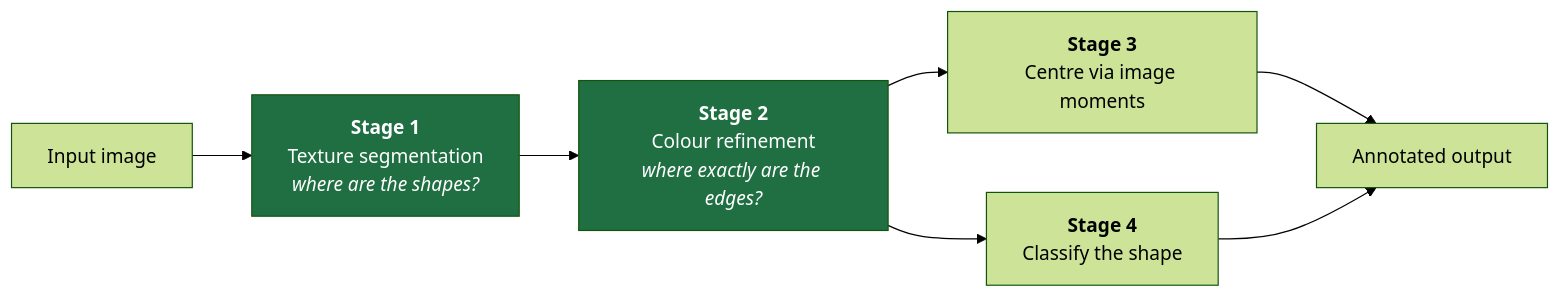
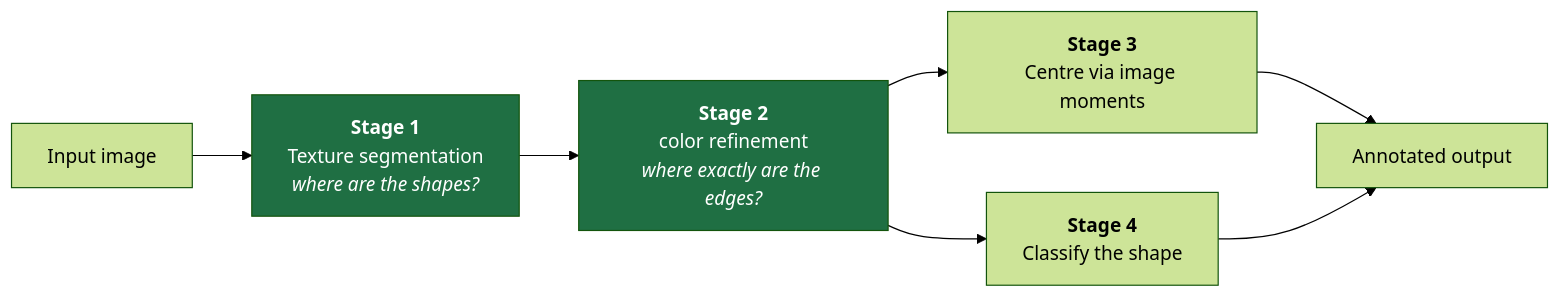
The diagram in STATIC_IMAGE_REPORT.md (nknishio/PennAir-Software-Challenge), drawn with Mermaid (forest theme) before and after one commit. The commit also changed 11 other files, not shown here.

````diff
--- a/STATIC_IMAGE_REPORT.md
+++ b/STATIC_IMAGE_REPORT.md
@@ -51,12 +51,12 @@
 ```mermaid
 flowchart LR
     A[Input image] --> B["<b>Stage 1</b><br/>Texture segmentation<br/><i>where are the shapes?</i>"]
-    B --> C["<b>Stage 2</b><br/>Colour refinement<br/><i>where exactly are the edges?</i>"]
+    B --> C["<b>Stage 2</b><br/>color refinement<br/><i>where exactly are the edges?</i>"]
     C --> D["<b>Stage 3</b><br/>Centre via image moments"]
     C --> E["<b>Stage 4</b><br/>Classify the shape"]
     D --> F[Annotated output]
     E --> F
 
     style B fill:#1f6f43,color:#fff
     style C fill:#1f6f43,color:#fff
 ```
````
